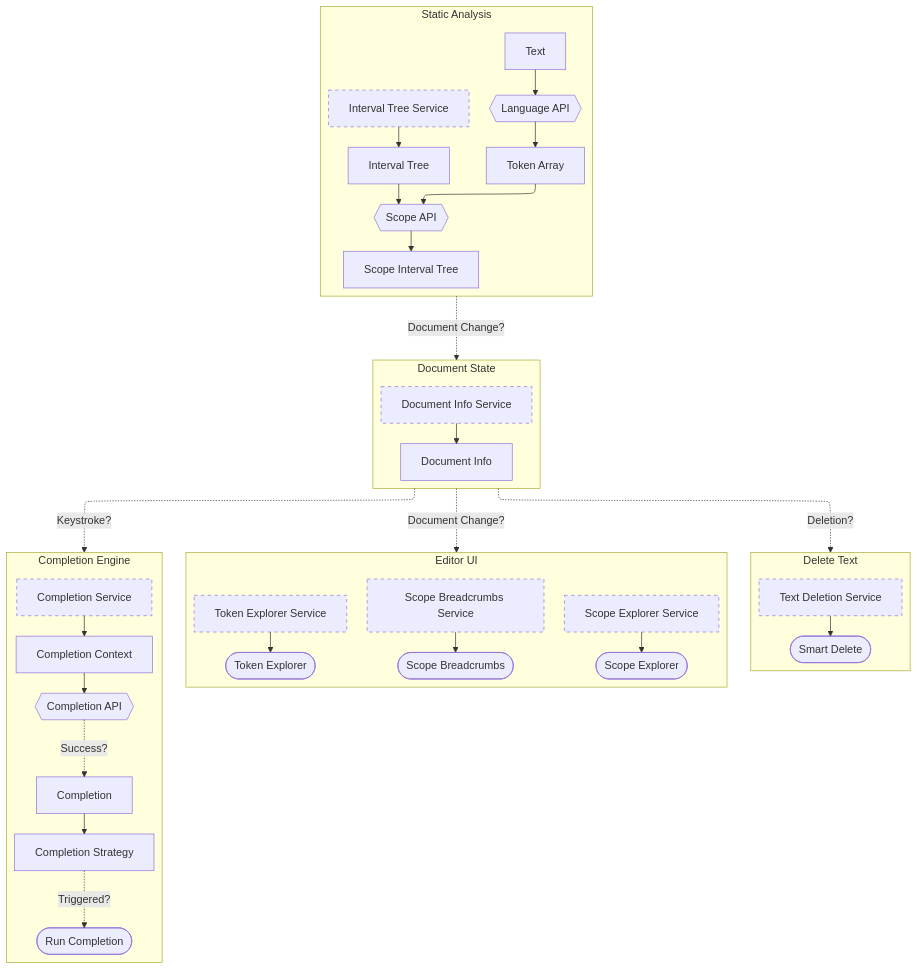
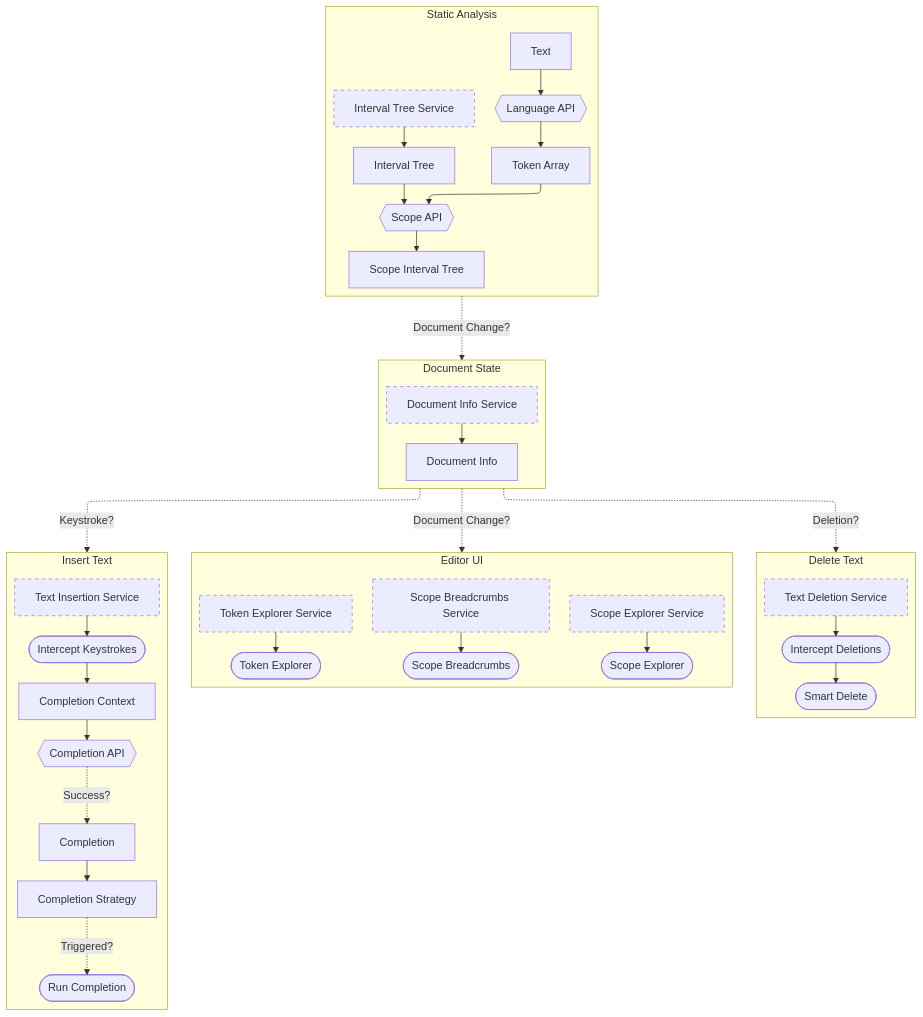
The first of 2 diagrams in ARCHITECTURE.md (aeckar/deadeye), drawn with Mermaid before and after one commit. The commit also changed other lines of this file and 35 other files, not shown here.

````diff
--- a/ARCHITECTURE.md
+++ b/ARCHITECTURE.md
@@ -26,32 +26,41 @@
     end
 
     subgraph DeleteText["Delete Text"]
-        TextDeletionSvc["Text Deletion Service"] --> SmartDelete(["Smart Delete"])
+        TextDeletionSvc["Text Deletion Service"]
+        InterceptDeletions(["Intercept Deletions"])
+        SmartDelete(["Smart Delete"])
+
+        TextDeletionSvc --> InterceptDeletions
+        InterceptDeletions --> SmartDelete
     end
 
     subgraph EditorUI["Editor UI"]
         ScopeBreadcrumbsSvc["Scope Breadcrumbs Service"]
         ScopeExplorerSvc["Scope Explorer Service"]
         TokenExplorerSvc["Token Explorer Service"]
-        
+
         ScopeBreadcrumbs(["Scope Breadcrumbs"])
         ScopeExplorer(["Scope Explorer"])
         TokenExplorer(["Token Explorer"])
     end
 
-    subgraph CompletionEngine["Completion Engine"]
-        CompletionSvc["Completion Service"]
+    subgraph CompletionEngine["Insert Text"]
+        TextInsertionSvc["Text Insertion Service"]
+        InterceptKeystrokes(["Intercept Keystrokes"])
         CompletionContext["Completion Context"]
         CompletionAPI{{"Completion API"}}
         Completion["Completion"]
         CompletionStrategy["Completion Strategy"]
         RunCompletion(["Run Completion"])
+
+        TextInsertionSvc --> InterceptKeystrokes
+        InterceptKeystrokes --> CompletionContext
     end
 
     %% Connections inside Static Analysis
     Text --> LangAPI
     LangAPI --> Tokens
-    
+
     Tokens --> ScopeAPI
     ScopeAPI --> Scopes
     IntervalTreeSvc --> IntervalTree
@@ -71,12 +80,12 @@
     TokenExplorerSvc --> TokenExplorer
 
     %% Internal Completion Pipeline Flow
-    CompletionSvc --> CompletionContext
     CompletionContext --> CompletionAPI
     CompletionAPI -.->|"Success?"| Completion
     Completion --> CompletionStrategy
     CompletionStrategy -.->|"Triggered?"| RunCompletion
 
     %% Services with dotted outlines
-    class IntervalTreeSvc,DocInfoSvc,ScopeBreadcrumbsSvc,ScopeExplorerSvc,TokenExplorerSvc,CompletionSvc,TextDeletionSvc serviceStyle;
+    class IntervalTreeSvc,DocInfoSvc,ScopeBreadcrumbsSvc,ScopeExplorerSvc,TokenExplorerSvc,TextInsertionSvc,TextDeletionSvc serviceStyle;
+
 ```
````
